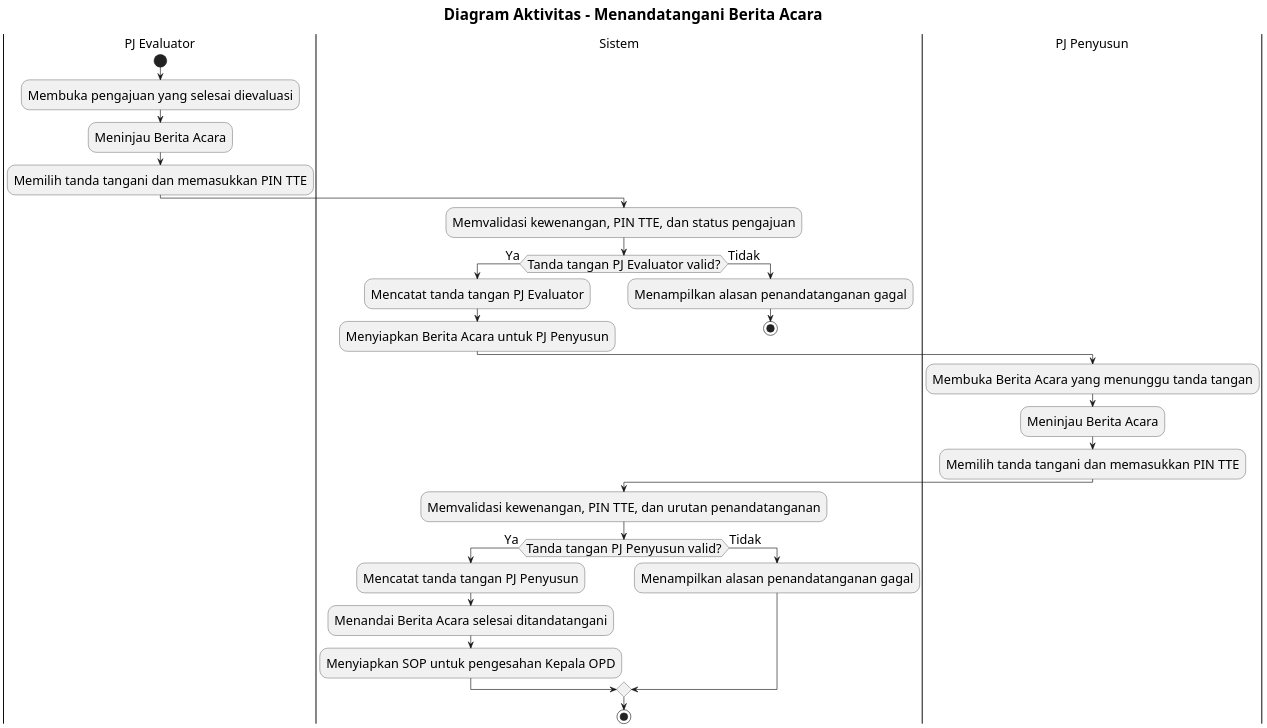
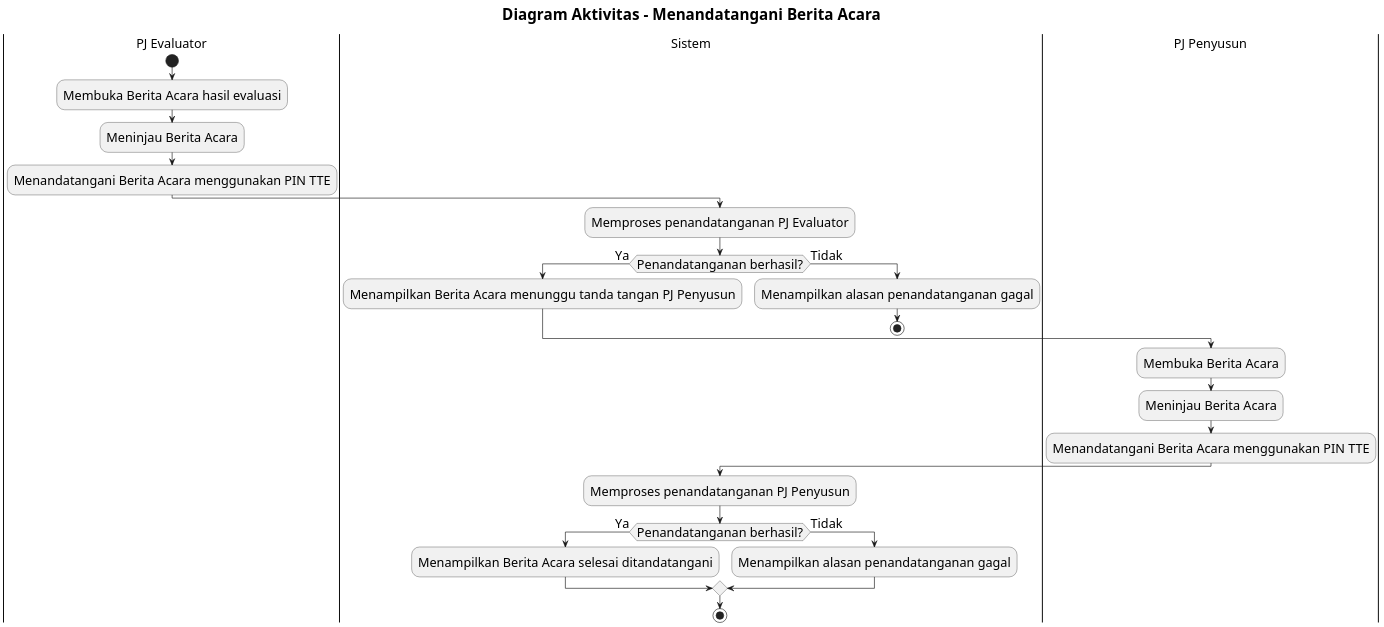
The diagram in docs/activity-diagram/pj-evaluator-pj-penyusun-menandatangani-berita-acara.md (howlil/sop-generate-app), drawn with PlantUML before and after one commit. The commit also changed other lines of this file and 20 other files, not shown here.

Commit message:
docs(activity): simplify flows to business-level design

````diff
--- a/docs/activity-diagram/pj-evaluator-pj-penyusun-menandatangani-berita-acara.md
+++ b/docs/activity-diagram/pj-evaluator-pj-penyusun-menandatangani-berita-acara.md
@@ -16,45 +16,42 @@
 ```plantuml
 @startuml
 skinparam defaultFontSize 20
 skinparam titleFontSize 24
 skinparam dpi 160
 
 title Diagram Aktivitas - Menandatangani Berita Acara
 
 |PJ Evaluator|
 start
-:Membuka pengajuan yang selesai dievaluasi;
+:Membuka Berita Acara hasil evaluasi;
 :Meninjau Berita Acara;
-:Memilih tanda tangani dan memasukkan PIN TTE;
+:Menandatangani Berita Acara menggunakan PIN TTE;
 
 |Sistem|
-:Memvalidasi kewenangan, PIN TTE, dan status pengajuan;
+:Memproses penandatanganan PJ Evaluator;
 
-if (Tanda tangan PJ Evaluator valid?) then (Ya)
-  :Mencatat tanda tangan PJ Evaluator;
-  :Menyiapkan Berita Acara untuk PJ Penyusun;
+if (Penandatanganan berhasil?) then (Ya)
+  :Menampilkan Berita Acara menunggu tanda tangan PJ Penyusun;
 else (Tidak)
   :Menampilkan alasan penandatanganan gagal;
   stop
 endif
 
 |PJ Penyusun|
-:Membuka Berita Acara yang menunggu tanda tangan;
+:Membuka Berita Acara;
 :Meninjau Berita Acara;
-:Memilih tanda tangani dan memasukkan PIN TTE;
+:Menandatangani Berita Acara menggunakan PIN TTE;
 
 |Sistem|
-:Memvalidasi kewenangan, PIN TTE, dan urutan penandatanganan;
+:Memproses penandatanganan PJ Penyusun;
 
-if (Tanda tangan PJ Penyusun valid?) then (Ya)
-  :Mencatat tanda tangan PJ Penyusun;
-  :Menandai Berita Acara selesai ditandatangani;
-  :Menyiapkan SOP untuk pengesahan Kepala OPD;
+if (Penandatanganan berhasil?) then (Ya)
+  :Menampilkan Berita Acara selesai ditandatangani;
 else (Tidak)
   :Menampilkan alasan penandatanganan gagal;
 endif
 
 stop
 
 @enduml
 ```
````
